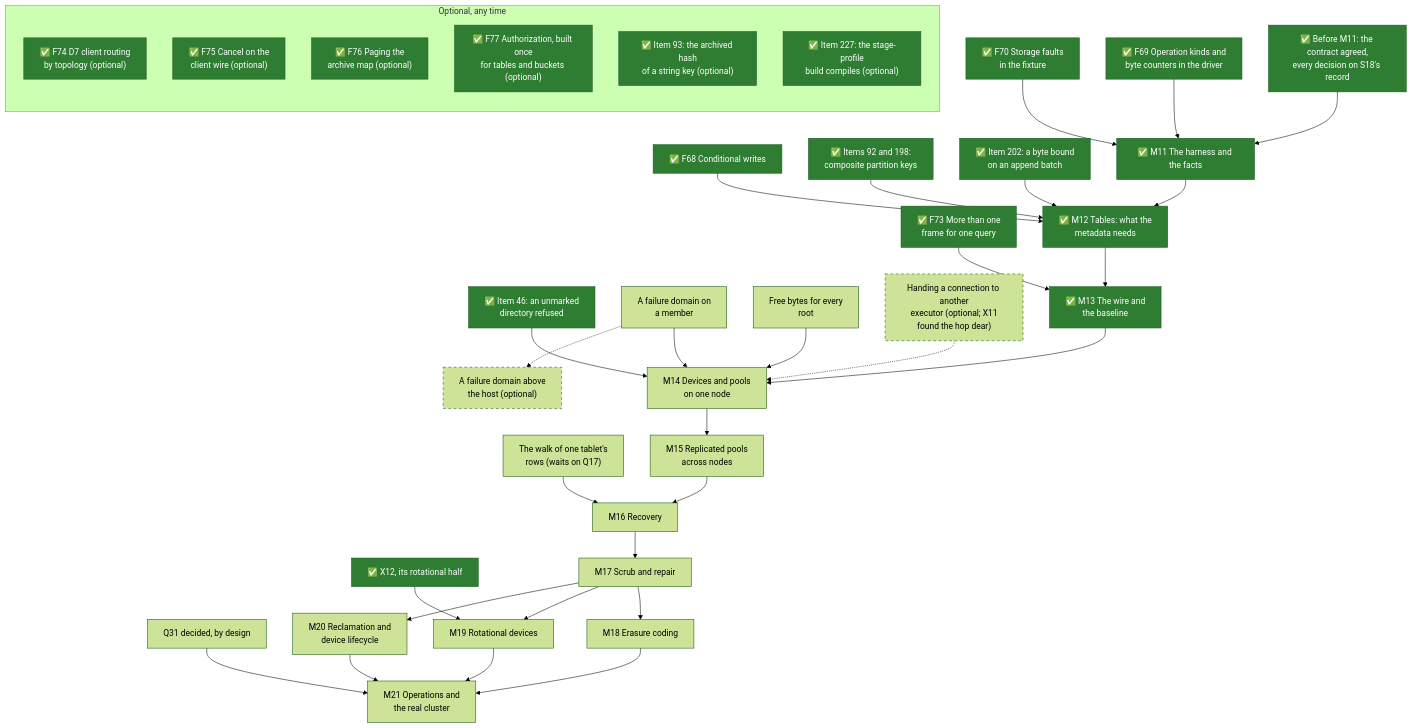
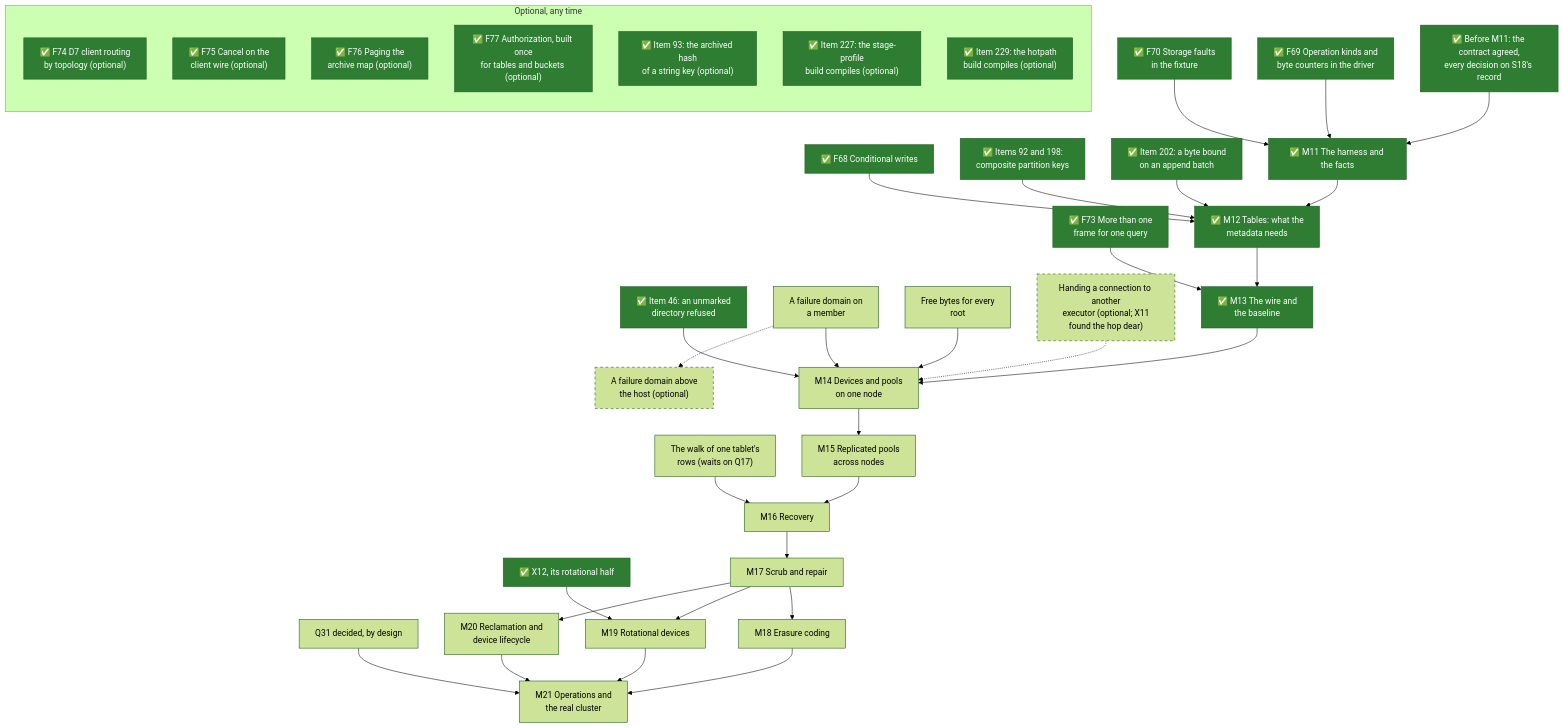
One commit to mjcarson/shoal changed the second of 2 diagrams in docs/src/object-storage/whats-left-todo.md. Above: the diagram before and after it, drawn with Mermaid (forest theme). The commit also changed other lines of this file and 20 other files, not shown here.

````diff
--- a/docs/src/object-storage/whats-left-todo.md
+++ b/docs/src/object-storage/whats-left-todo.md
@@ -141,58 +143,59 @@
 ```mermaid
 flowchart TB
     classDef done fill:#2e7d32,stroke:#1b5e20,color:#ffffff
     classDef optional stroke-dasharray: 5 5
     Gate["✅ Before M11: the contract agreed,<br>every decision on S18's record"]:::done
     F69["✅ F69 Operation kinds and<br>byte counters in the driver"]:::done
     F70["✅ F70 Storage faults<br>in the fixture"]:::done
     F68["✅ F68 Conditional writes"]:::done
     I198["✅ Items 92 and 198:<br>composite partition keys"]:::done
     I202["✅ Item 202: a byte bound<br>on an append batch"]:::done
     I46["✅ Item 46: an unmarked<br>directory refused"]:::done
     Frames["✅ F73 More than one<br>frame for one query"]:::done
     Domain["A failure domain on<br>a member"]
     Free["Free bytes for every<br>root"]
     Walk["The walk of one tablet's<br>rows (waits on Q17)"]
     Handoff["Handing a connection to another<br>executor (optional; X11<br>found the hop dear)"]:::optional
     Rack["A failure domain above<br>the host (optional)"]:::optional
     X12r["✅ X12, its rotational half"]:::done
     Q31["Q31 decided, by design"]
     M11["✅ M11 The harness and the facts"]:::done
     M12["✅ M12 Tables: what the<br>metadata needs"]:::done
     M13["✅ M13 The wire and<br>the baseline"]:::done
     M14["M14 Devices and pools<br>on one node"]
     M15["M15 Replicated pools<br>across nodes"]
     M16["M16 Recovery"]
     M17["M17 Scrub and repair"]
     M18["M18 Erasure coding"]
     M19["M19 Rotational devices"]
     M20["M20 Reclamation and<br>device lifecycle"]
     M21["M21 Operations and<br>the real cluster"]
     Gate --> M11 --> M12 --> M13 --> M14 --> M15 --> M16 --> M17
     M17 --> M18 --> M21
     M17 --> M19 --> M21
     M17 --> M20 --> M21
     F69 --> M11
     F70 --> M11
     F68 --> M12
     I198 --> M12
     I202 --> M12
     Frames --> M13
     I46 --> M14
     Domain --> M14
     Free --> M14
     Handoff -.-> M14
     Domain -.-> Rack
     Walk --> M16
     X12r --> M19
     Q31 --> M21
     subgraph anytime["Optional, any time"]
         direction TB
         D7["✅ F74 D7 client routing<br>by topology (optional)"]:::done
         Cancel["✅ F75 Cancel on the<br>client wire (optional)"]:::done
         Paging["✅ F76 Paging the<br>archive map (optional)"]:::done
         Authz["✅ F77 Authorization, built once<br>for tables and buckets (optional)"]:::done
         I93["✅ Item 93: the archived hash<br>of a string key (optional)"]:::done
         I227["✅ Item 227: the stage-profile<br>build compiles (optional)"]:::done
+        I229["✅ Item 229: the hotpath<br>build compiles (optional)"]:::done
     end
 ```
````
